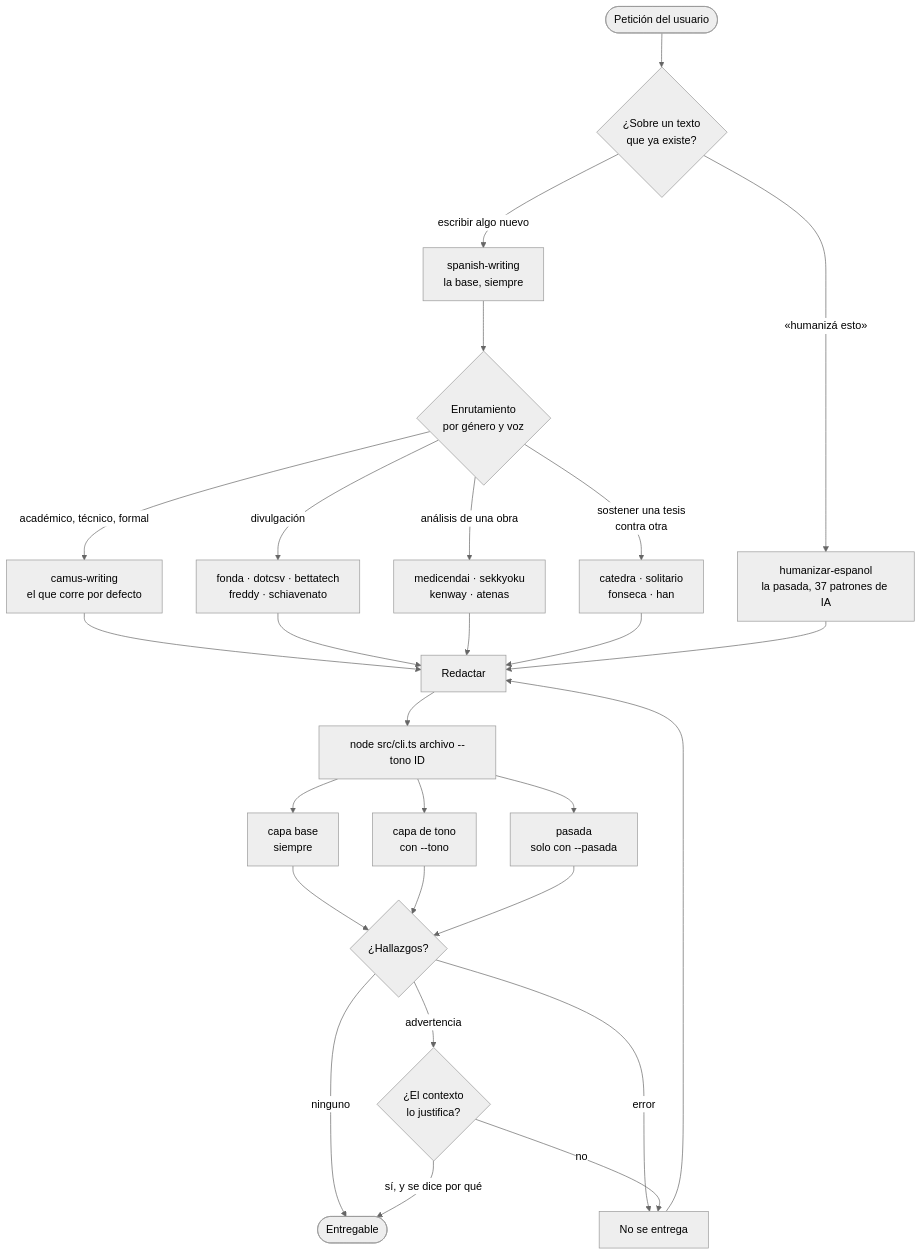
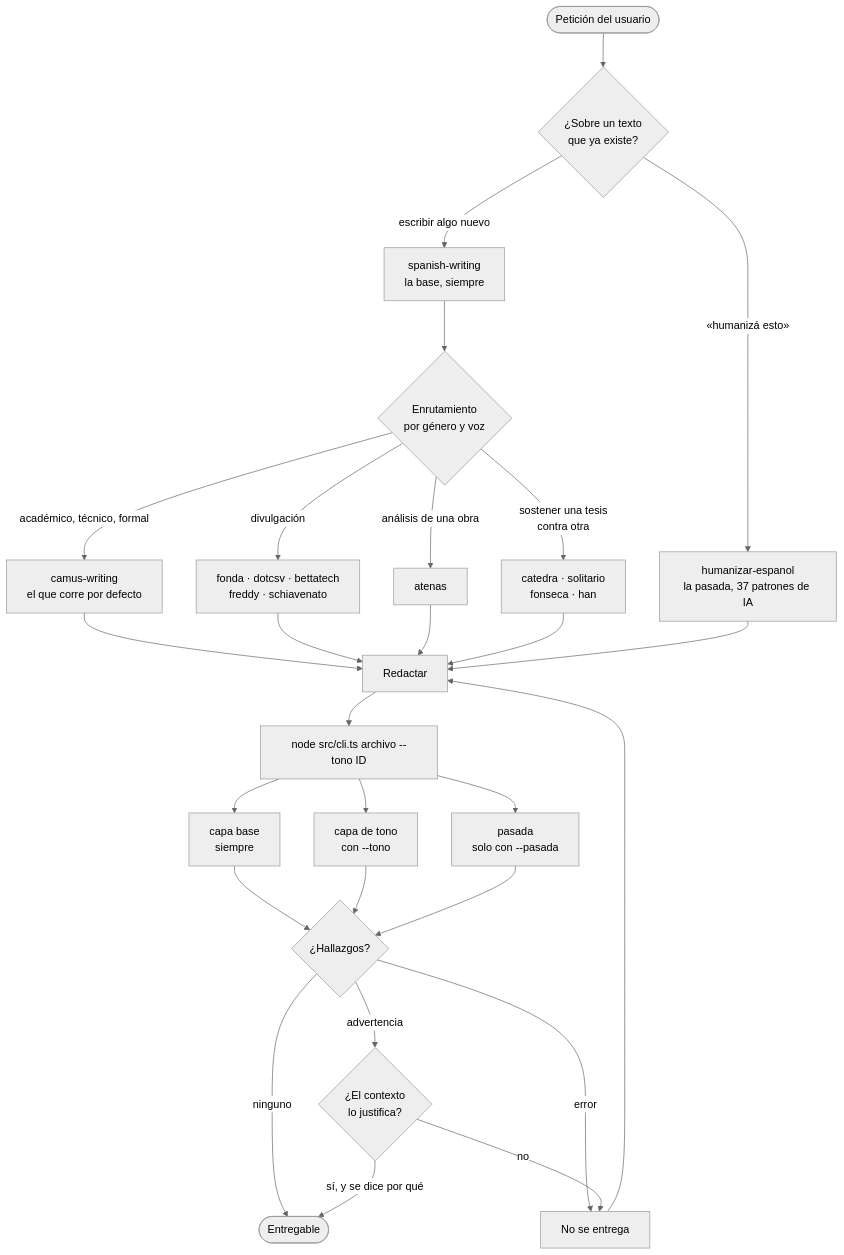
One commit to diegnghtmr/writing-harness changed the first of 5 diagrams in README.md. Above: the diagram before and after it, drawn with Mermaid (neutral theme). The commit also changed other lines of this file and 18 other files, not shown here.

First line of the commit message:
feat(skills)!: retirar kenway, medicendai y sekkyoku

````diff
--- a/README.md
+++ b/README.md
@@ -22,35 +22,35 @@
 ```mermaid
 flowchart TD
     U(["Petición del usuario"]) --> Q0{"¿Sobre un texto<br/>que ya existe?"}
 
     Q0 -->|"«humanizá esto»"| H["humanizar-espanol<br/>la pasada, 37 patrones de IA"]
     Q0 -->|"escribir algo nuevo"| B["spanish-writing<br/>la base, siempre"]
 
     B --> R{"Enrutamiento<br/>por género y voz"}
     R -->|"académico, técnico, formal"| T1["camus-writing<br/>el que corre por defecto"]
     R -->|"divulgación"| T2["fonda · dotcsv · bettatech<br/>freddy · schiavenato"]
-    R -->|"análisis de una obra"| T3["medicendai · sekkyoku<br/>kenway · atenas"]
+    R -->|"análisis de una obra"| T3["atenas"]
     R -->|"sostener una tesis<br/>contra otra"| T4["catedra · solitario<br/>fonseca · han"]
 
     T1 --> W["Redactar"]
     T2 --> W
     T3 --> W
     T4 --> W
     H --> W
 
     W --> V["node src/cli.ts archivo --tono ID"]
     V --> C1["capa base<br/>siempre"]
     V --> C2["capa de tono<br/>con --tono"]
     V --> C3["pasada<br/>solo con --pasada"]
 
     C1 --> Q1{"¿Hallazgos?"}
     C2 --> Q1
     C3 --> Q1
 
     Q1 -->|"ninguno"| E(["Entregable"])
     Q1 -->|"error"| X["No se entrega"]
     Q1 -->|"advertencia"| Q2{"¿El contexto<br/>lo justifica?"}
     Q2 -->|"sí, y se dice por qué"| E
     Q2 -->|"no"| X
     X --> W
 ```
````
